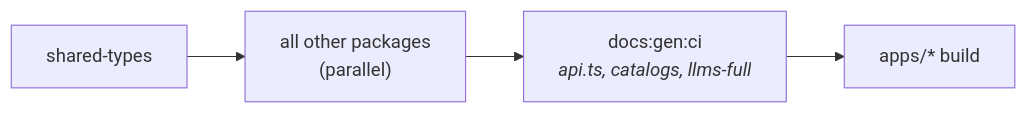
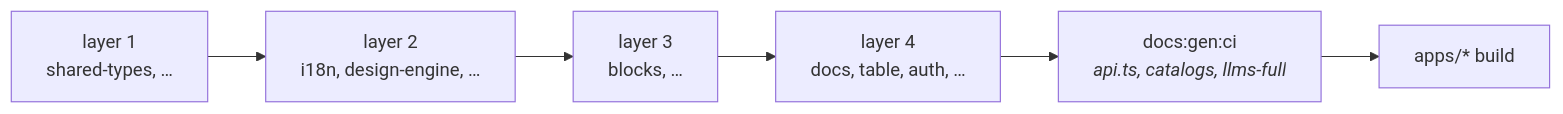
The second of 5 diagrams in docs/ARCHITECTURE.md (urbicon/ui), drawn with Mermaid before and after one commit. The commit also changed other lines of this file and 10 other files, not shown here.

First line of the commit message:
feat(docs-app): blocks tile — parallel front-desk lanes, stage-filling views (#186)

````diff
--- a/docs/ARCHITECTURE.md
+++ b/docs/ARCHITECTURE.md
@@ -94,6 +102,7 @@
 ```mermaid
 graph LR
-    A[shared-types] --> B["all other packages<br/>(parallel)"]
-    B --> C["docs:gen:ci<br/><i>api.ts, catalogs, llms-full</i>"]
-    C --> D["apps/* build"]
+    A["layer 1<br/>shared-types, …"] --> B["layer 2<br/>i18n, design-engine, …"]
+    B --> C["layer 3<br/>blocks, …"] --> D["layer 4<br/>docs, table, auth, …"]
+    D --> E["docs:gen:ci<br/><i>api.ts, catalogs, llms-full</i>"]
+    E --> F["apps/* build"]
 ```
````
